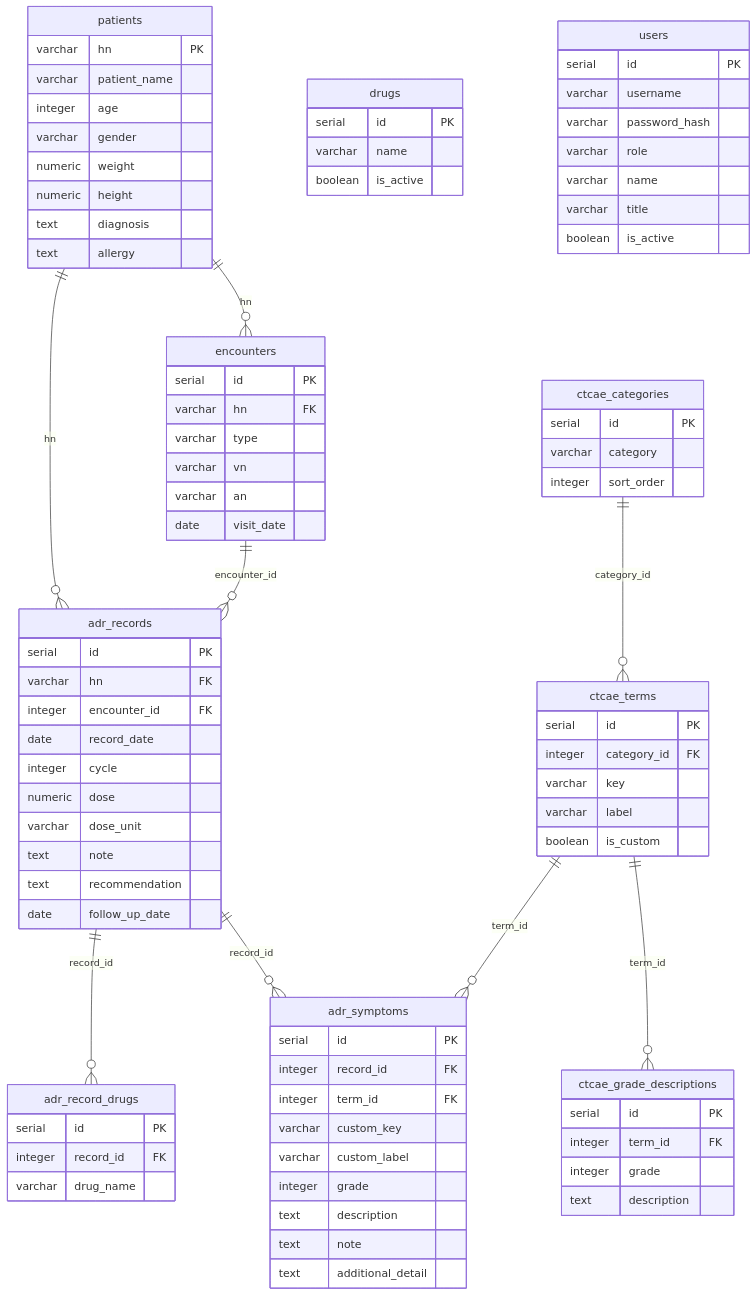
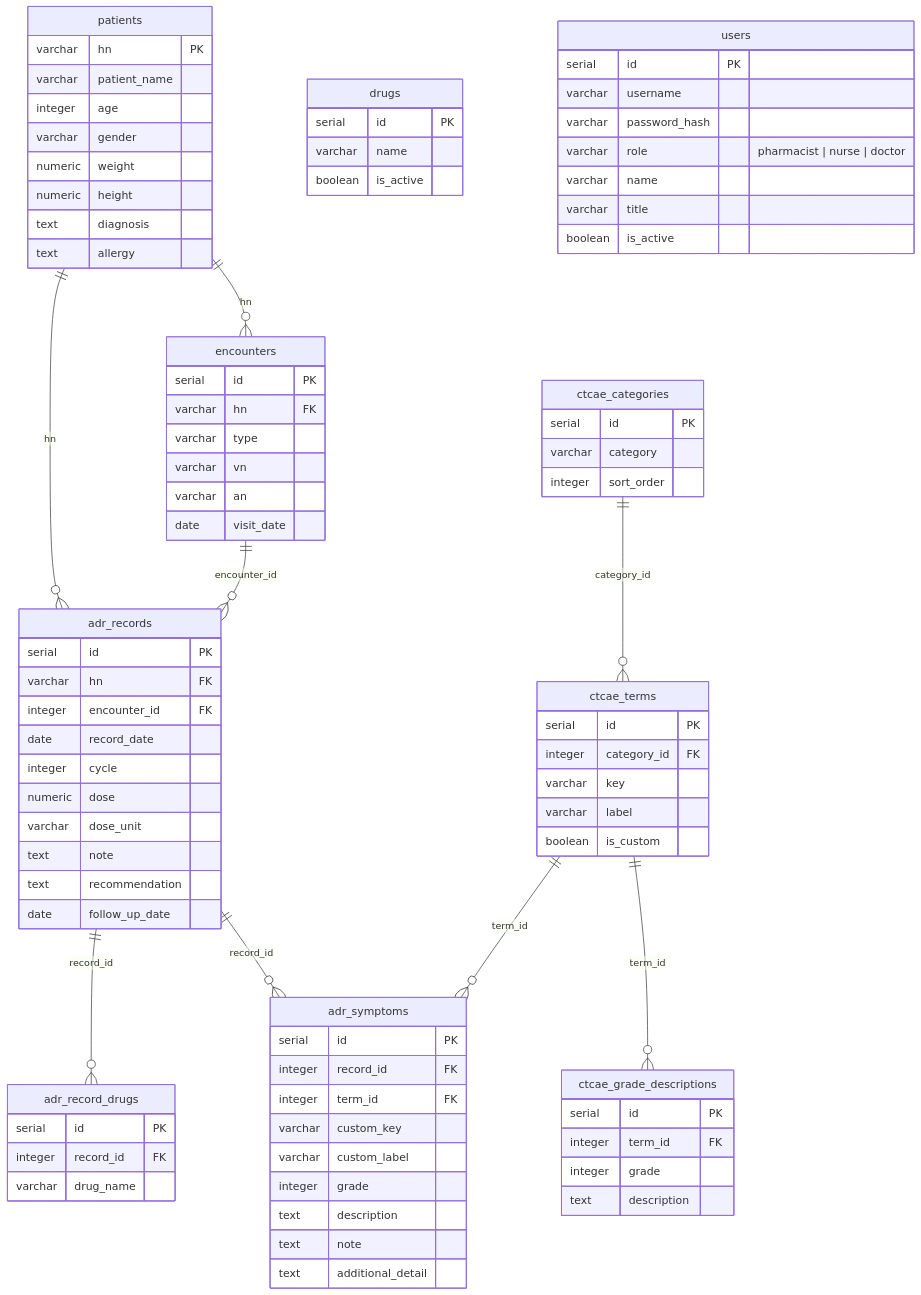
Before and after one commit to daanaayaa/ADR-Tracking-System: the diagram in SCHEMA.md, drawn with Mermaid. The commit also changed other lines of this file and 2 other files, not shown here.

Commit message:
Update schema and server configuration

```diff
--- a/SCHEMA.md
+++ b/SCHEMA.md
@@ -564,7 +565,7 @@
         serial  id PK
         varchar username
         varchar password_hash
-        varchar role
+        varchar role "pharmacist | nurse | doctor"
         varchar name
         varchar title
         boolean is_active
```
